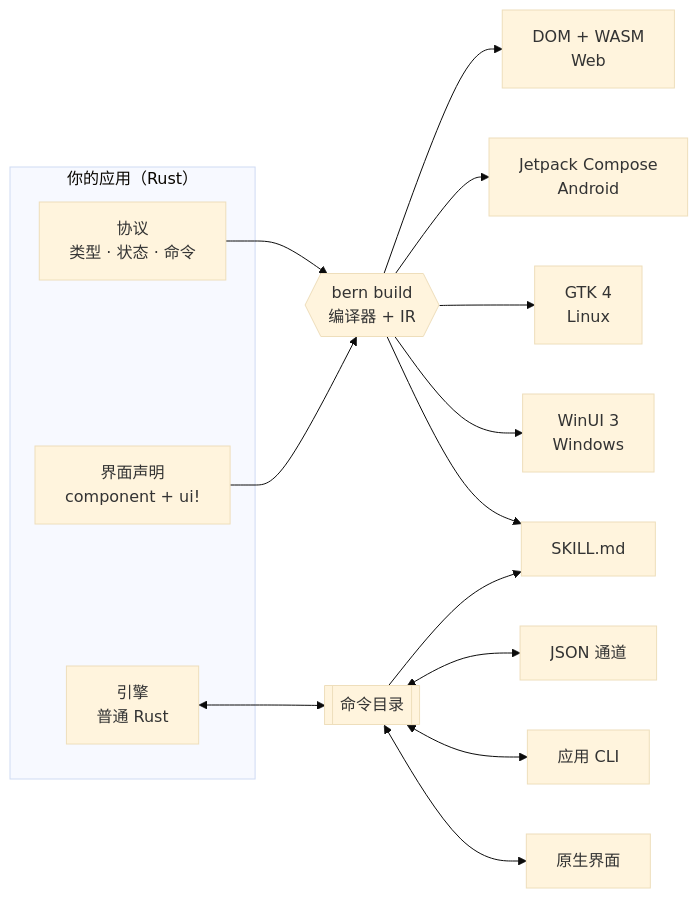
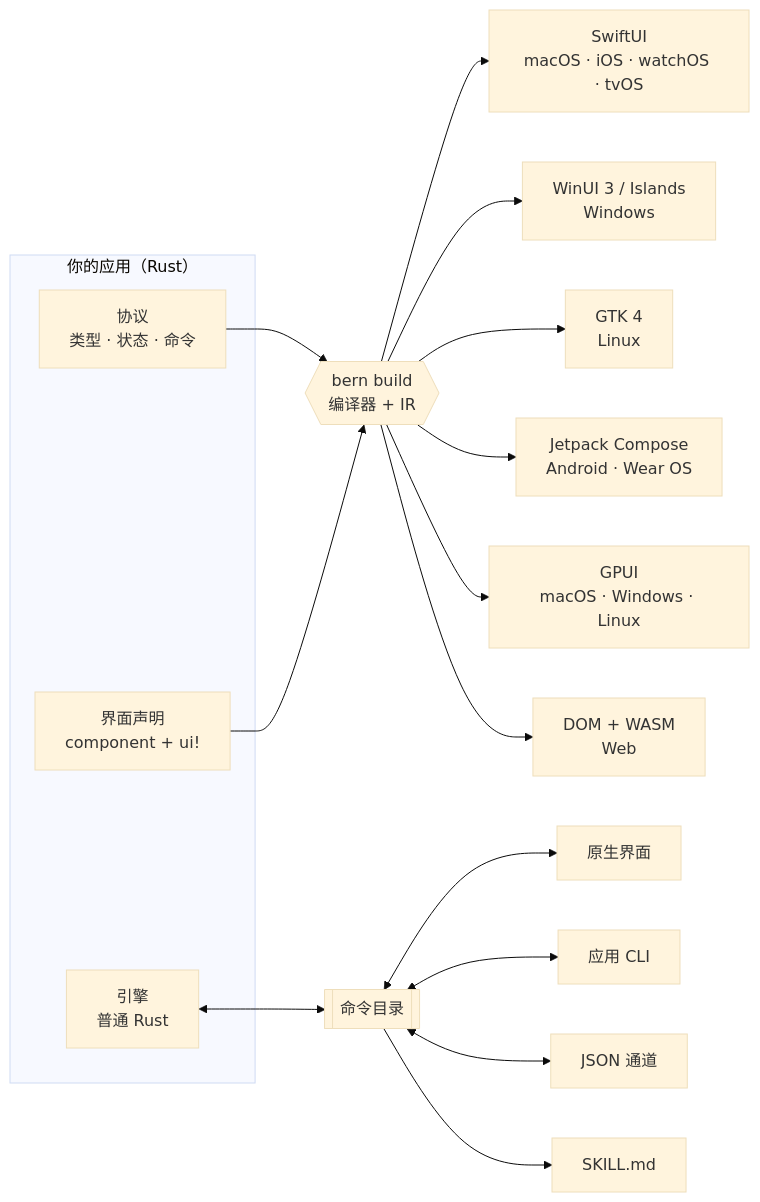
One commit to AimesSoft/Bern changed the diagram in README.zh-CN.md. Above: the diagram before and after it, drawn with Mermaid (base theme). The commit also changed other lines of this file and 95 other files, not shown here.

First line of the commit message:
实现紧邻原生视图（NativeView）、六端示例并补齐文档与 Android 既有编译修复 (#132)

````diff
--- a/README.zh-CN.md
+++ b/README.zh-CN.md
@@ -193,20 +199,21 @@
 ```mermaid
 flowchart LR
     subgraph app["你的应用（Rust）"]
         P["协议<br/>类型 · 状态 · 命令"]
         U["界面声明<br/>component + ui!"]
         E["引擎<br/>普通 Rust"]
     end
     P --> C{{"bern build<br/>编译器 + IR"}}
     U --> C
-    C --> S["SwiftUI<br/>macOS · iOS"]
-    C --> W["WinUI 3<br/>Windows"]
+    C --> S["SwiftUI<br/>macOS · iOS · watchOS · tvOS"]
+    C --> W["WinUI 3 / Islands<br/>Windows"]
     C --> G["GTK 4<br/>Linux"]
-    C --> A["Jetpack Compose<br/>Android"]
+    C --> A["Jetpack Compose<br/>Android · Wear OS"]
+    C --> P2["GPUI<br/>macOS · Windows · Linux"]
     C --> B["DOM + WASM<br/>Web"]
     E <--> K[["命令目录"]]
     K <--> N["原生界面"]
     K <--> L["应用 CLI"]
     K <--> J["JSON 通道"]
-    K --> S["SKILL.md"]
+    K --> SK["SKILL.md"]
 ```
````
